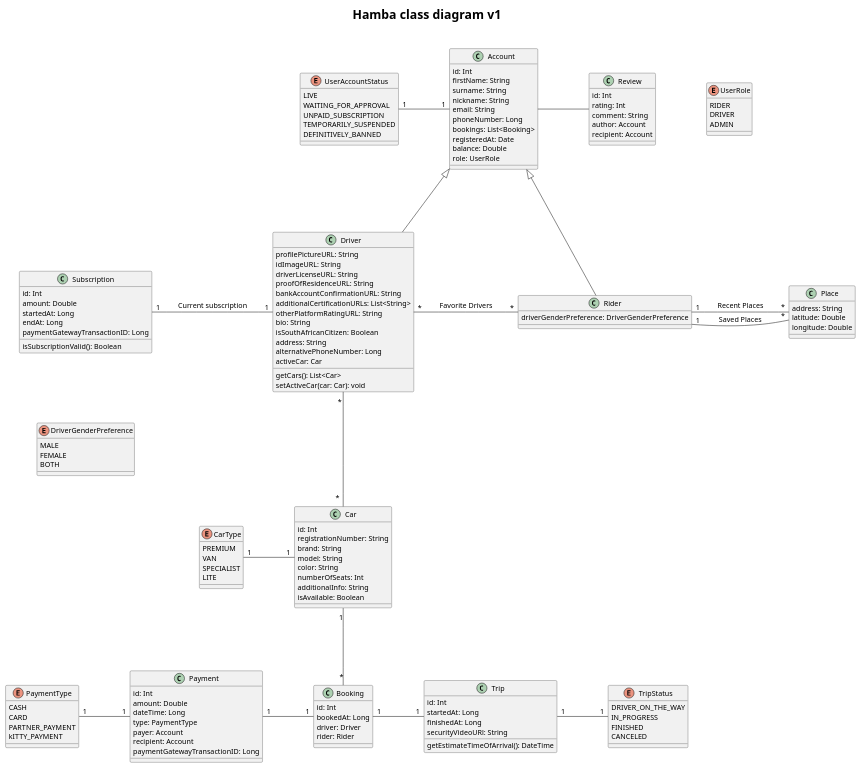
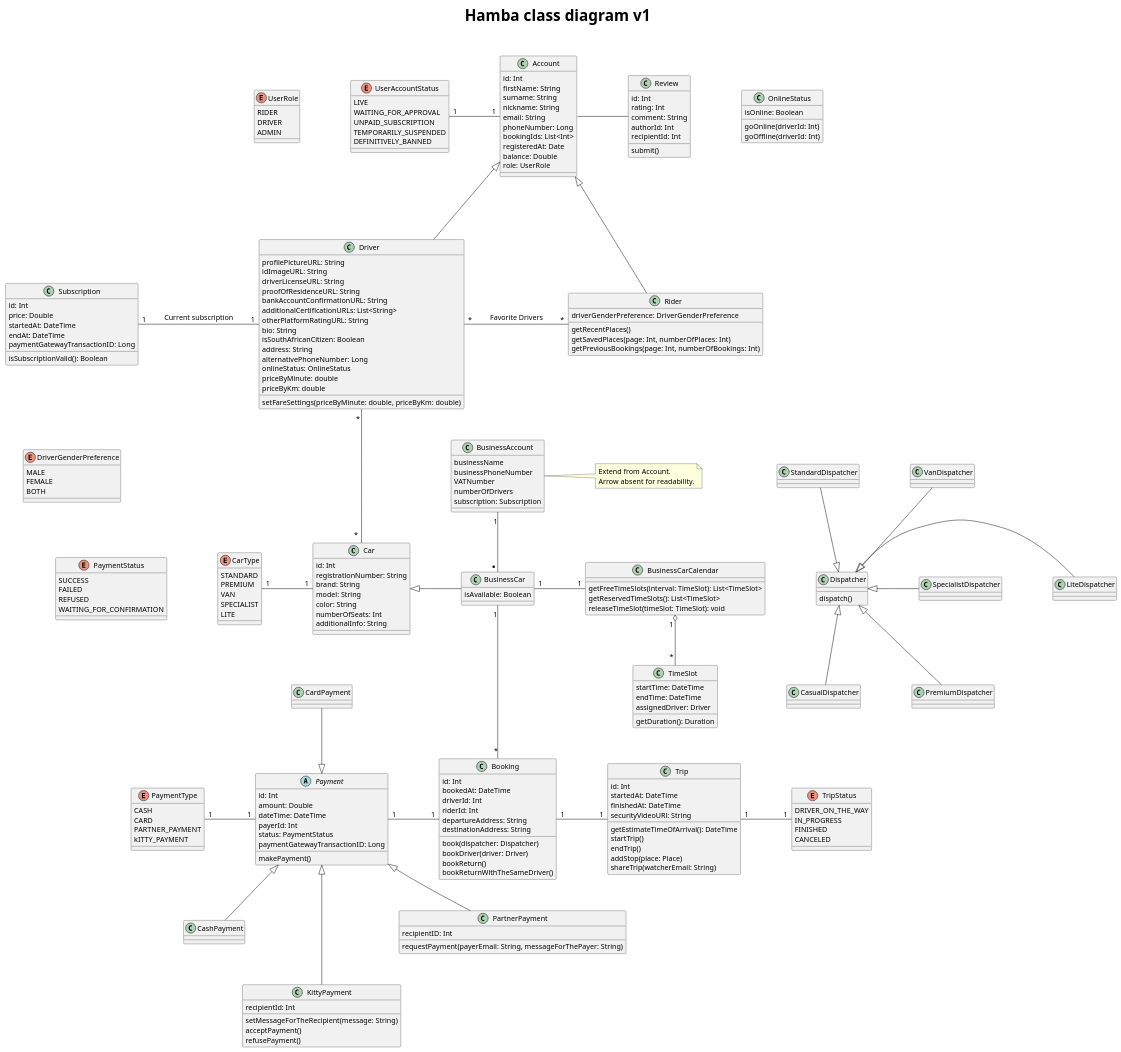
One commit to sitatec/OpenTaxi changed the diagram in diagrams/class_digram.puml. Above: the diagram before and after it, drawn with PlantUML.

Commit message:
finalize the class diagram

```diff
--- a/diagrams/class_digram.puml
+++ b/diagrams/class_digram.puml
@@ -2,7 +2,7 @@
 
 skinparam nodesep 100
 skinparam defaultFontSize 14
-skinparam titleFontSize 24
+skinparam titleFontSize 30
 title "Hamba class diagram v1\n"
 
 class Account {
@@ -12,7 +12,7 @@
     nickname: String
     email: String
     phoneNumber: Long
-    bookings: List<Booking>
+    bookingIds: List<Int>
     registeredAt: Date
     balance: Double
     role: UserRole
@@ -50,28 +50,65 @@
     isSouthAfricanCitizen: Boolean
     address: String
     alternativePhoneNumber: Long
-    activeCar: Car
-    getCars(): List<Car>
-    setActiveCar(car: Car): void
+    onlineStatus: OnlineStatus
+    priceByMinute: double
+    priceByKm: double
+    setFareSettings(priceByMinute: double, priceByKm: double)
 }
 
 class Rider {
     driverGenderPreference: DriverGenderPreference
+    getRecentPlaces()
+    getSavedPlaces(page: Int, numberOfPlaces: Int)
+    getPreviousBookings(page: Int, numberOfBookings: Int)
 }
-
 
 class Booking {
     id: Int
-    bookedAt: Long
-    driver: Driver
-    rider: Rider
+    bookedAt: DateTime
+    driverId: Int
+    riderId: Int
+    departureAddress: String
+    destinationAddress: String
+    book(dispatcher: Dispatcher)
+    bookDriver(driver: Driver)
+    bookReturn()
+    bookReturnWithTheSameDriver()
+}
+
+class OnlineStatus {
+    isOnline: Boolean
+    goOnline(driverId: Int)
+    goOffline(driverId: Int)
+}
+
+class Dispatcher {
+    dispatch()
+}
+
+class CasualDispatcher {
+}
+
+class StandardDispatcher {
+}
+
+class PremiumDispatcher {
+}
+
+class VanDispatcher {
+}
+
+class SpecialistDispatcher {
+}
+
+class LiteDispatcher {
 }
 
 class Subscription {
     id: Int
-    amount: Double
-    startedAt: Long
-    endAt: Long
+    price: Double
+    startedAt: DateTime
+    endAt: DateTime
     paymentGatewayTransactionID: Long
     isSubscriptionValid(): Boolean
 }
@@ -84,18 +121,21 @@
 
 class Trip {
     id: Int
-    startedAt: Long
-    finishedAt: Long
+    startedAt: DateTime
+    finishedAt: DateTime
     securityVideoURl: String
     getEstimateTimeOfArrival(): DateTime
+    startTrip()
+    endTrip()
+    addStop(place: Place)
+    shareTrip(watcherEmail: String)
 }
 
-class Place {
-    address: String
-    latitude: Double
-    longitude: Double
-}
-
+'class Place {
+'    address: String
+'    latitude: Double
+'    longitude: Double
+'}
 
 enum TripStatus {
     DRIVER_ON_THE_WAY
@@ -112,41 +152,66 @@
     color: String
     numberOfSeats: Int
     additionalInfo: String
+}
+
+class BusinessCar {
     isAvailable: Boolean
 }
 
-'class BusinessCar {
-'}
-'
-'class BusinessCarCalendar {
-'    getFreeTimeSlots(interval: TimeSlot): List<TimeSlot>
-'    getReservedTimeSlots(): List<TimeSlot>
-'    releaseTimeSlot(timeSlot: TimeSlot): void
-'}
-'
-'class TimeSlot {
-'    startTime: DateTime
-'    endTime: DateTime
-'    assignedDriver: Driver
-'    getDuration(): Duration
-'}
-'class BusinessAccount {
-'    businessName
-'    businessPhoneNumber
-'    VATNumber
-'    numberOfDrivers
-'    subscription: Subscription
-'}
-'note right: Extend from Account. \nArrow absent for readability.
+class BusinessCarCalendar {
+    getFreeTimeSlots(interval: TimeSlot): List<TimeSlot>
+    getReservedTimeSlots(): List<TimeSlot>
+    releaseTimeSlot(timeSlot: TimeSlot): void
+}
 
-class Payment {
+class TimeSlot {
+    startTime: DateTime
+    endTime: DateTime
+    assignedDriver: Driver
+    getDuration(): Duration
+}
+class BusinessAccount {
+    businessName
+    businessPhoneNumber
+    VATNumber
+    numberOfDrivers
+    subscription: Subscription
+}
+note right: Extend from Account. \nArrow absent for readability.
+
+abstract class Payment {
     id: Int
     amount: Double
-    dateTime: Long
-    type: PaymentType
-    payer: Account
-    recipient: Account
+    dateTime: DateTime
+    payerId: Int
+    status: PaymentStatus
     paymentGatewayTransactionID: Long
+    makePayment()
+}
+
+class CardPayment {
+}
+
+class CashPayment {
+}
+
+class KittyPayment {
+    recipientId: Int
+    setMessageForTheRecipient(message: String)
+    acceptPayment()
+    refusePayment()
+}
+
+class PartnerPayment {
+    recipientID: Int
+    requestPayment(payerEmail: String, messageForThePayer: String)
+}
+
+enum PaymentStatus {
+    SUCCESS
+    FAILED
+    REFUSED
+    WAITING_FOR_CONFIRMATION
 }
 
 enum PaymentType {
@@ -157,6 +222,7 @@
 }
 
 enum CarType {
+    STANDARD
     PREMIUM
     VAN
     SPECIALIST
@@ -167,30 +233,44 @@
     id: Int
     rating: Int
     comment: String
-    author: Account
-    recipient: Account
+    authorId: Int
+    recipientId: Int
+    submit()
 }
 
 Account <|--- Rider
 Account <|--- Driver
-Rider "1" - "*" Place : Saved Places
-Rider "1" - "*" Place : Recent Places
+'Rider "1" - "*" Place : Saved Places
+'Rider "1" - "*" Place : Recent Places
 Driver "*" - "*" Rider: Favorite Drivers
 Driver " * " --- " *  " Car
 Subscription "1" - "1" Driver : Current subscription
-'BusinessAccount "1" -- "* " BusinessCar
-'Car <|- BusinessCar
-'BusinessCar "1" - "1" BusinessCarCalendar
-'BusinessCarCalendar "1 " o-- " * " TimeSlot
 Booking "1" - "1" Trip
 Trip "1" - "1" TripStatus
-Car "1" --- "*" Booking
+BusinessCar "1" --- "*" Booking
 CarType "1" - "1" Car
 UserAccountStatus "1" - "1" Account
-'DriverGenderPreference "1" -- "1" Rider
-PaymentType "1" - "1" Payment
 Payment "1" - "1" Booking
 Account - Review
 Subscription -[hidden]- DriverGenderPreference
+CardPayment --|> Payment
+Payment <|-- CashPayment
+Payment <|--- KittyPayment
+Payment <|-- PartnerPayment
+PaymentStatus -[hidden] CarType
+UserRole -[hidden] UserAccountStatus
+StandardDispatcher --|> Dispatcher
+Dispatcher <|-- CasualDispatcher
+Dispatcher <|- LiteDispatcher
+Dispatcher <|- SpecialistDispatcher
+VanDispatcher --|> Dispatcher
+Dispatcher <|-- PremiumDispatcher
+Car -[hidden] Dispatcher
+BusinessAccount "1" -- "* " BusinessCar
+Car <|- BusinessCar
+BusinessCar "1" - "1" BusinessCarCalendar
+BusinessCarCalendar "1 " o-- " * " TimeSlot
+PaymentType "1" - "1" Payment
+
 
 @enduml
```
